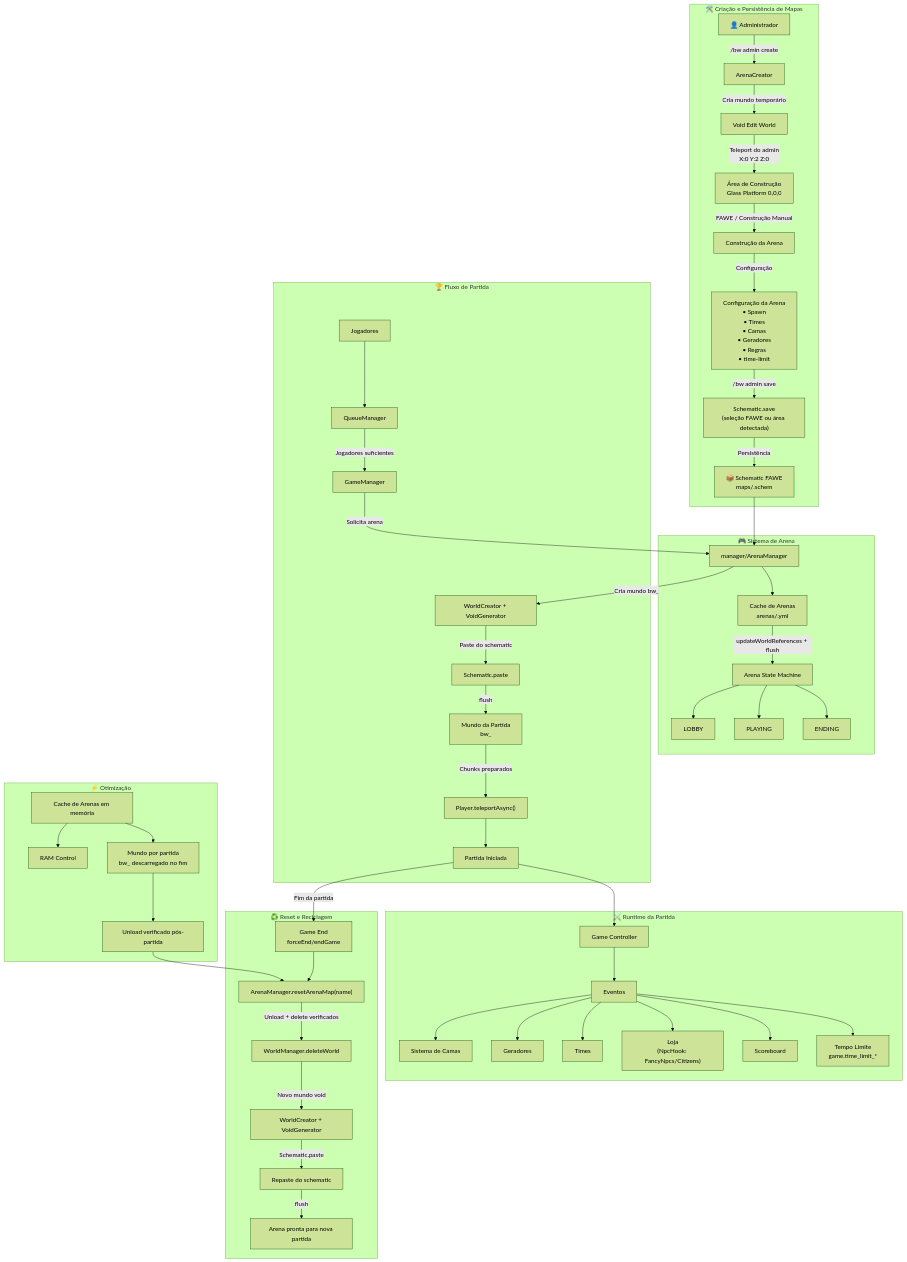
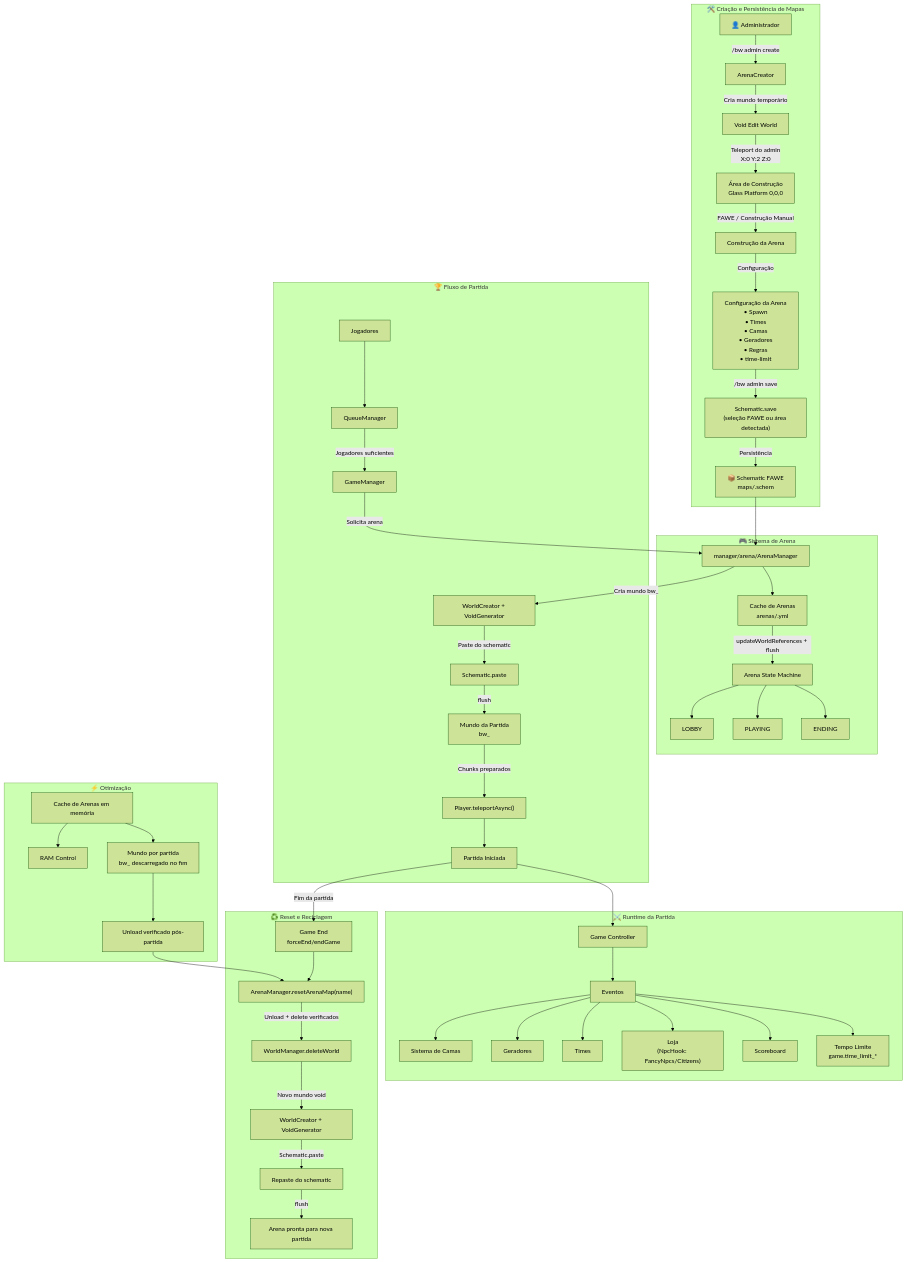
One commit to sebastianjnuwu/BedWars changed the diagram in ARCHITECTURE.md. Above: the diagram before and after it, drawn with Mermaid (forest theme). The commit also changed other lines of this file and 3 other files, not shown here.

Commit message:
v0.0.1-223 - docs: mapa de navegacao no AGENTS.md e ARCHITECTURE.md refletem subpacotes tematicos (game, shop, manager)

```diff
--- a/ARCHITECTURE.md
+++ b/ARCHITECTURE.md
@@ -52,7 +52,7 @@
 
 subgraph ARENA_SYSTEM["🎮 Sistema de Arena"]
 
-    SchematicStorage --> ArenaManager["manager/ArenaManager"]
+    SchematicStorage --> ArenaManager["manager/arena/ArenaManager"]
 
     ArenaManager --> ArenaCache["Cache de Arenas\narenas/<nome>.yml"]
 
```
